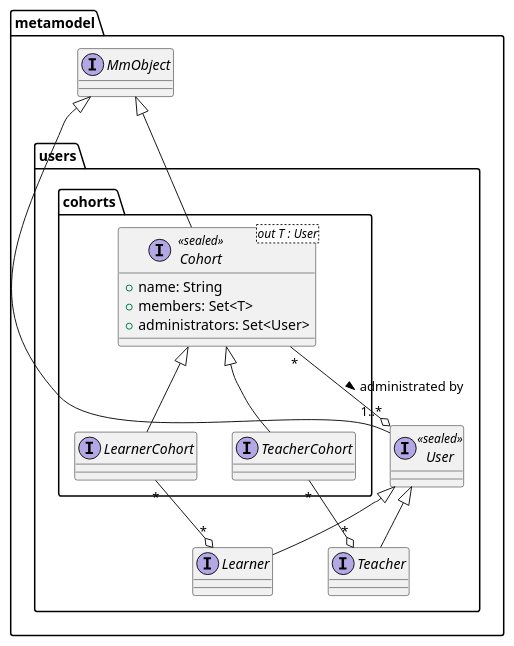
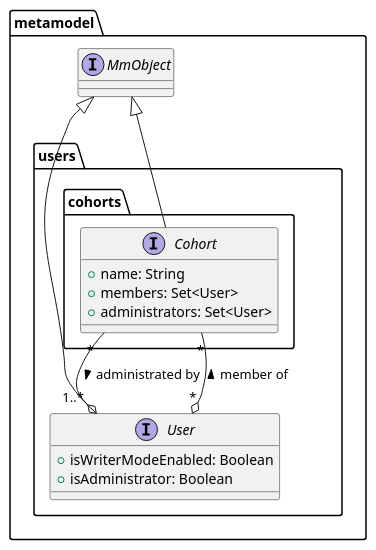
One commit to elaastic/ElaastiX changed the diagram in docs/technical/uml/metamodel/users.puml. Above: the diagram before and after it, drawn with PlantUML. The commit also changed 21 other files, not shown here.

Commit message:
refactor: drop the Learner and Teacher semantic from User

```diff
--- a/docs/technical/uml/metamodel/users.puml
+++ b/docs/technical/uml/metamodel/users.puml
@@ -1,36 +1,23 @@
 @startuml
 'https://plantuml.com/class-diagram
 
 package metamodel.users {
-    interface User <<sealed>> extends metamodel.MmObject {
+    interface User extends metamodel.MmObject {
         'todo
-    }
-
-    interface Learner extends User {
-        'todo
-    }
-
-    interface Teacher extends User {
-        'todo
+        +isWriterModeEnabled: Boolean
+        +isAdministrator: Boolean
     }
 
     package cohorts {
-        interface Cohort<out T : User> <<sealed>> extends metamodel.MmObject {
+        interface Cohort extends metamodel.MmObject {
             +name: String
-            +members: Set<T>
+            +members: Set<User>
             +administrators: Set<User>
         }
 
         Cohort "*" --o "1..*" User : administrated by >
-
-        interface LearnerCohort extends Cohort
-
-        LearnerCohort "*" --o "*" Learner
-
-        interface TeacherCohort extends Cohort
-
-        TeacherCohort "*" --o "*" Teacher
+        Cohort "*" --o "*" User : member of <
     }
 }
 
 @enduml
```
